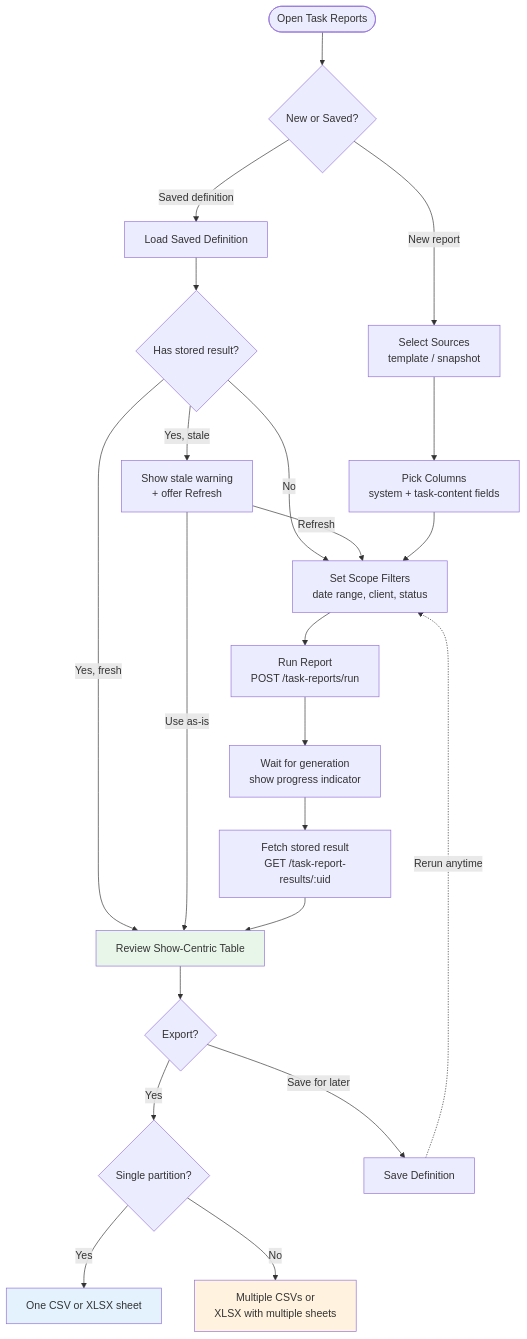
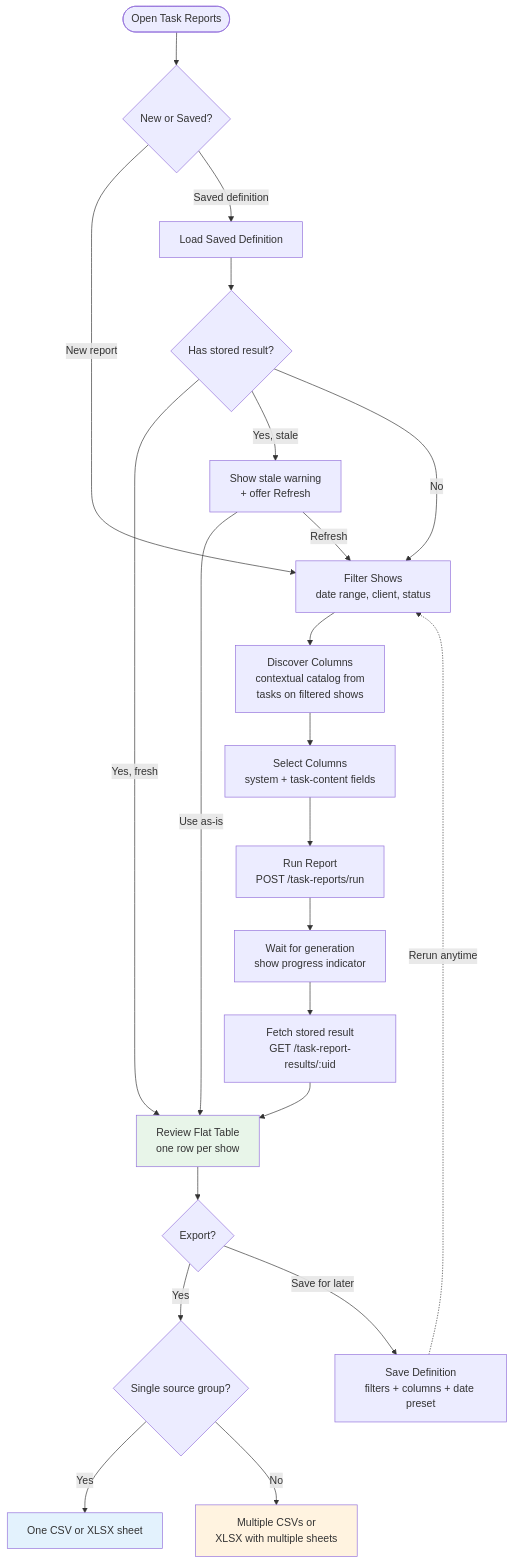
The first of 3 diagrams in apps/erify_studios/docs/design/TASK_SUBMISSION_REPORTING_DESIGN.md (allenlin90/eridu-services), drawn with Mermaid before and after one commit. The commit also changed other lines of this file and 5 other files, not shown here.

First line of the commit message:
docs(task-submission-reporting): align all docs to show-first workflow and flat table result

````diff
--- a/apps/erify_studios/docs/design/TASK_SUBMISSION_REPORTING_DESIGN.md
+++ b/apps/erify_studios/docs/design/TASK_SUBMISSION_REPORTING_DESIGN.md
@@ -49,31 +50,31 @@
 ```mermaid
 flowchart TD
     START([Open Task Reports]) --> CHOOSE{New or Saved?}
-    CHOOSE -->|New report| SELECT[Select Sources<br/>template / snapshot]
+    CHOOSE -->|New report| FILTER[Filter Shows<br/>date range, client, status]
     CHOOSE -->|Saved definition| LOAD[Load Saved Definition]
     LOAD --> HAS_RESULT{Has stored result?}
     HAS_RESULT -->|Yes, fresh| REVIEW
     HAS_RESULT -->|Yes, stale| STALE[Show stale warning<br/>+ offer Refresh]
-    HAS_RESULT -->|No| FILTERS
+    HAS_RESULT -->|No| FILTER
     STALE -->|Use as-is| REVIEW
-    STALE -->|Refresh| FILTERS
+    STALE -->|Refresh| FILTER
 
-    SELECT --> COLUMNS[Pick Columns<br/>system + task-content fields]
-    COLUMNS --> FILTERS[Set Scope Filters<br/>date range, client, status]
-    FILTERS --> RUN[Run Report<br/>POST /task-reports/run]
+    FILTER --> DISCOVER[Discover Columns<br/>contextual catalog from<br/>tasks on filtered shows]
+    DISCOVER --> COLUMNS[Select Columns<br/>system + task-content fields]
+    COLUMNS --> RUN[Run Report<br/>POST /task-reports/run]
     RUN --> WAIT[Wait for generation<br/>show progress indicator]
     WAIT --> FETCH[Fetch stored result<br/>GET /task-report-results/:uid]
-    FETCH --> REVIEW[Review Show-Centric Table]
+    FETCH --> REVIEW[Review Flat Table<br/>one row per show]
 
     REVIEW --> EXPORT{Export?}
 
-    EXPORT -->|Yes| PARTITION{Single partition?}
+    EXPORT -->|Yes| PARTITION{Single source group?}
     PARTITION -->|Yes| ONE[One CSV or XLSX sheet]
     PARTITION -->|No| MULTI[Multiple CSVs or<br/>XLSX with multiple sheets]
-    EXPORT -->|Save for later| SAVE[Save Definition]
-    SAVE -.->|Rerun anytime| FILTERS
+    EXPORT -->|Save for later| SAVE[Save Definition<br/>filters + columns + date preset]
+    SAVE -.->|Rerun anytime| FILTER
 
     style REVIEW fill:#e8f5e9
     style ONE fill:#e3f2fd
     style MULTI fill:#fff3e0
 ```
````
